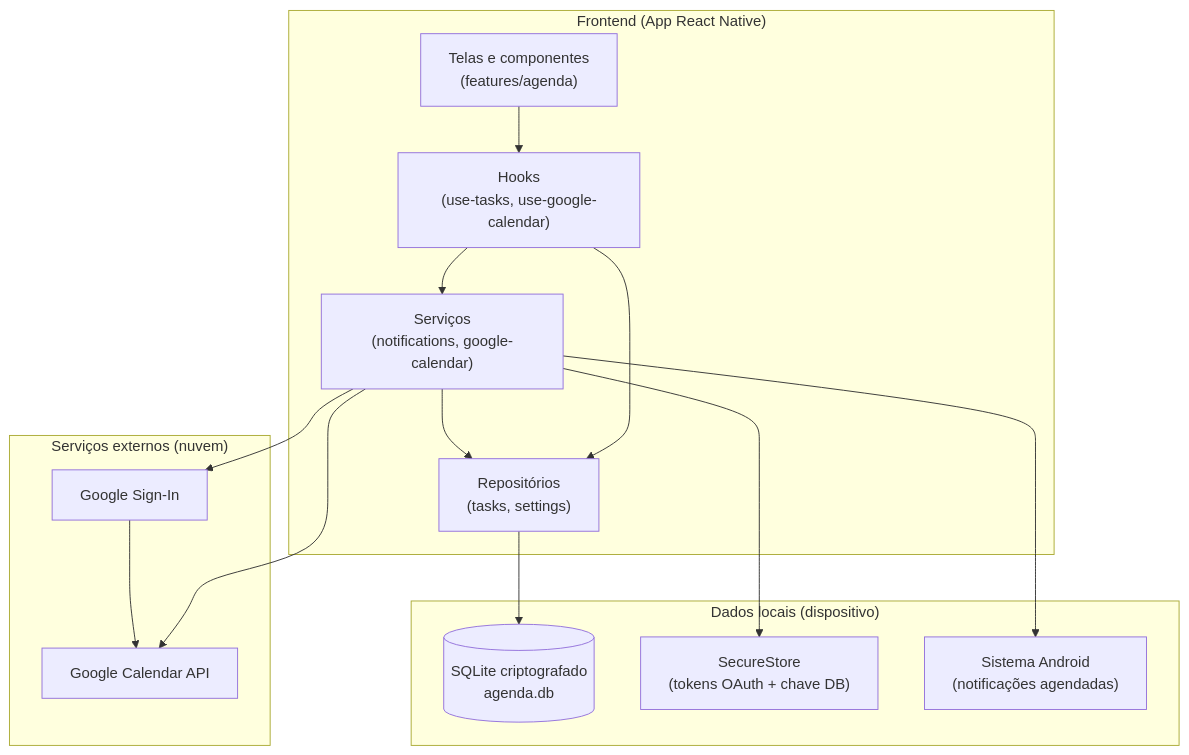
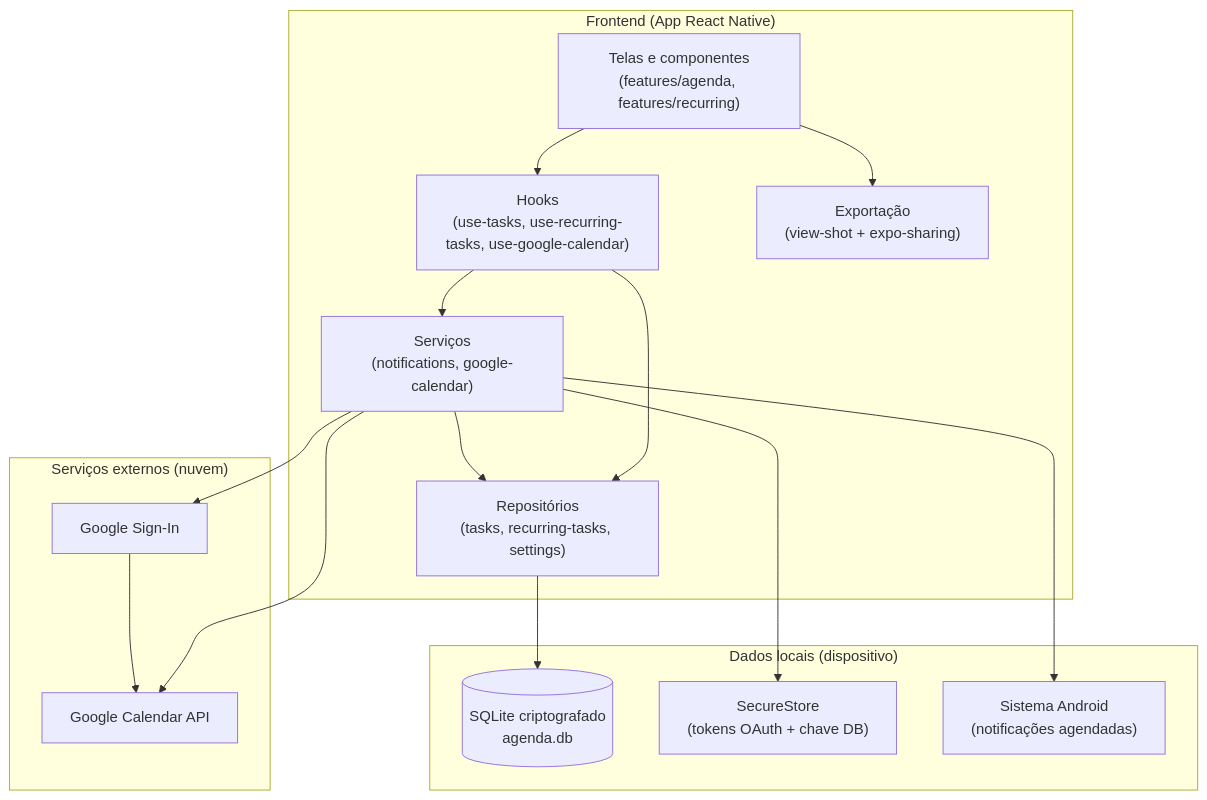
The first of 8 diagrams in DESCRICAO_PROJETO.md (Josmateussilva0110/app-agenda), drawn with Mermaid before and after one commit. The commit also changed other lines of this file and 10 other files, not shown here.

````diff
--- a/DESCRICAO_PROJETO.md
+++ b/DESCRICAO_PROJETO.md
@@ -31,31 +35,33 @@
 ```mermaid
 flowchart TB
     subgraph Frontend["Frontend (App React Native)"]
-        UI["Telas e componentes\n(features/agenda)"]
-        Hooks["Hooks\n(use-tasks, use-google-calendar)"]
+        UI["Telas e componentes\n(features/agenda, features/recurring)"]
+        Hooks["Hooks\n(use-tasks, use-recurring-tasks, use-google-calendar)"]
         Services["Serviços\n(notifications, google-calendar)"]
-        Repo["Repositórios\n(tasks, settings)"]
+        Repo["Repositórios\n(tasks, recurring-tasks, settings)"]
+        Export["Exportação\n(view-shot + expo-sharing)"]
     end
 
     subgraph Local["Dados locais (dispositivo)"]
         SQLite[("SQLite criptografado\nagenda.db")]
         SecureStore["SecureStore\n(tokens OAuth + chave DB)"]
         OSNotif["Sistema Android\n(notificações agendadas)"]
     end
 
     subgraph External["Serviços externos (nuvem)"]
         GoogleOAuth["Google Sign-In"]
         GoogleCalAPI["Google Calendar API"]
     end
 
     UI --> Hooks
     Hooks --> Services
     Hooks --> Repo
+    UI --> Export
     Services --> Repo
     Repo --> SQLite
     Services --> SecureStore
     Services --> OSNotif
     Services --> GoogleOAuth
     Services --> GoogleCalAPI
     GoogleOAuth --> GoogleCalAPI
 ```
````
